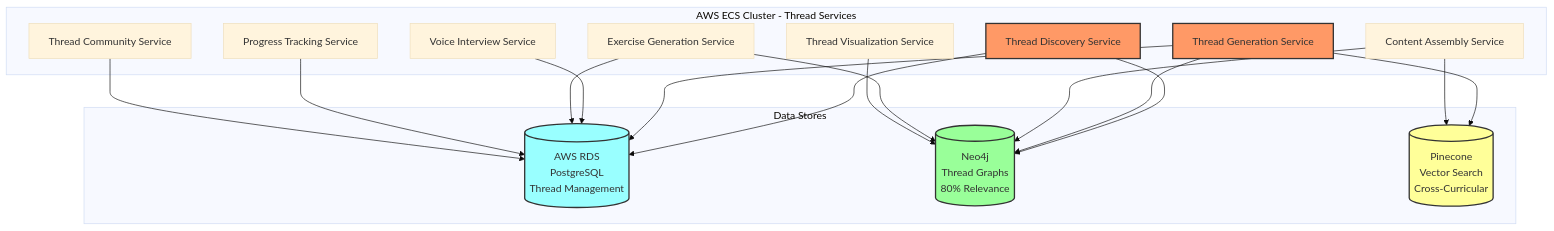
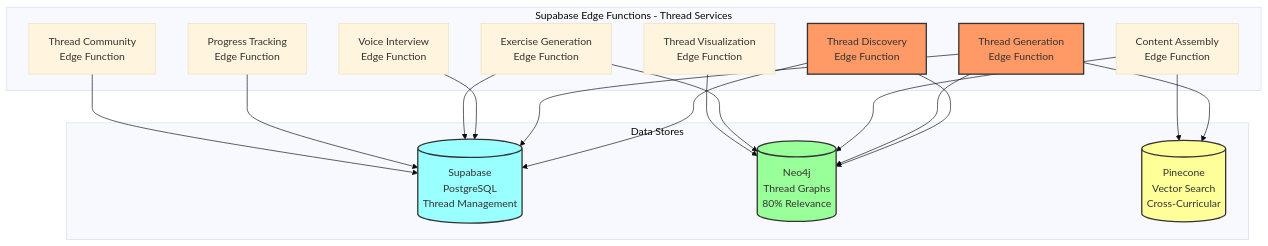
Before and after one commit to G2-Spool/spool-frontend: the diagram in docs/entity_relationship_diagram_thread_based.md, drawn with Mermaid (base theme). The commit also changed other lines of this file and 39 other files, not shown here.

First line of the commit message:
Migrate to Supabase edge functions and fix TypeScript build errors

````diff
--- a/docs/entity_relationship_diagram_thread_based.md
+++ b/docs/entity_relationship_diagram_thread_based.md
@@ -13,39 +13,39 @@
 ```mermaid
 graph TB
-    subgraph "AWS ECS Cluster - Thread Services"
-        A[Thread Discovery Service]
-        B[Thread Generation Service]
-        C[Voice Interview Service]
-        D[Content Assembly Service]
-        E[Exercise Generation Service]
-        F[Progress Tracking Service]
-        G[Thread Visualization Service]
-        H[Thread Community Service]
+    subgraph "Supabase Edge Functions - Thread Services"
+        A[Thread Discovery<br/>Edge Function]
+        B[Thread Generation<br/>Edge Function]
+        C[Voice Interview<br/>Edge Function]
+        D[Content Assembly<br/>Edge Function]
+        E[Exercise Generation<br/>Edge Function]
+        F[Progress Tracking<br/>Edge Function]
+        G[Thread Visualization<br/>Edge Function]
+        H[Thread Community<br/>Edge Function]
     end
     
     subgraph "Data Stores"
-        I[(AWS RDS<br/>PostgreSQL<br/>Thread Management)]
+        I[(Supabase<br/>PostgreSQL<br/>Thread Management)]
         J[(Neo4j<br/>Thread Graphs<br/>80% Relevance)]
         K[(Pinecone<br/>Vector Search<br/>Cross-Curricular)]
     end
     
     A --> I
     A --> J
     B --> I
     B --> J
     B --> K
     C --> I
     D --> K
     D --> J
     E --> I
     E --> J
     F --> I
     G --> J
     H --> I
     
     style A fill:#f96,stroke:#333,stroke-width:2px
     style B fill:#f96,stroke:#333,stroke-width:2px
     style I fill:#9ff,stroke:#333,stroke-width:2px
     style J fill:#9f9,stroke:#333,stroke-width:2px
     style K fill:#ff9,stroke:#333,stroke-width:2px
 ```
````
